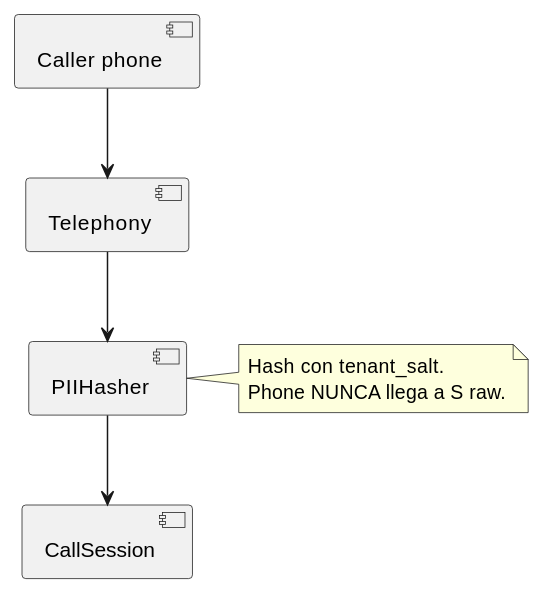
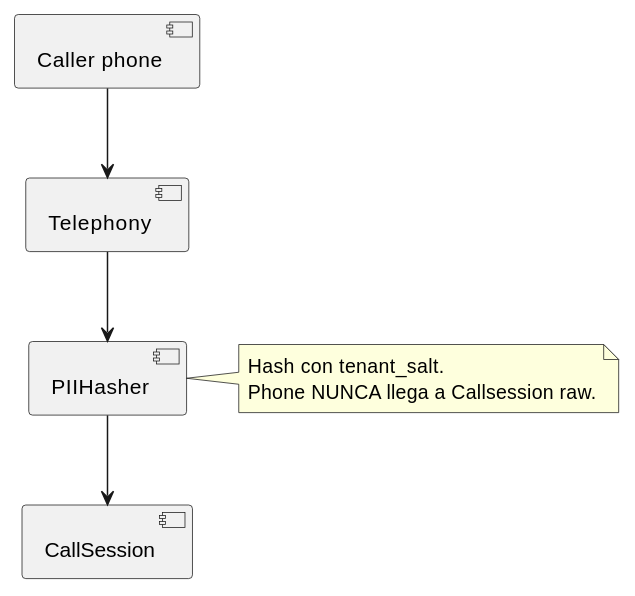
Before and after one commit to jcg-admin/IACT-docs: the third of 4 diagrams in source/requisitos/casos-uso/caller/uc-cli-01/diagramas-uml.rst, drawn with PlantUML. The commit also changed other lines of this file and 79 other files, not shown here.

First line of the commit message:
Sweep cryptic aliases in UC diagramas-uml files

```diff
--- a/source/requisitos/casos-uso/caller/uc-cli-01/diagramas-uml.rst
+++ b/source/requisitos/casos-uso/caller/uc-cli-01/diagramas-uml.rst
@@ -46,15 +46,15 @@
 .. uml::
 
  @startuml
- component "Caller phone" as P
- component "Telephony" as T
- component "PIIHasher" as H
- component "CallSession" as S
- P --> T
- T --> H
- H --> S
- note right of H
+ component "Caller phone" as CallerPhone
+ component "Telephony" as Telephony
+ component "PIIHasher" as Piihasher
+ component "CallSession" as Callsession
+ CallerPhone --> Telephony
+ Telephony --> Piihasher
+ Piihasher --> Callsession
+ note right of Piihasher
    Hash con tenant_salt.
-   Phone NUNCA llega a S raw.
+   Phone NUNCA llega a Callsession raw.
  end note
  @enduml
```
